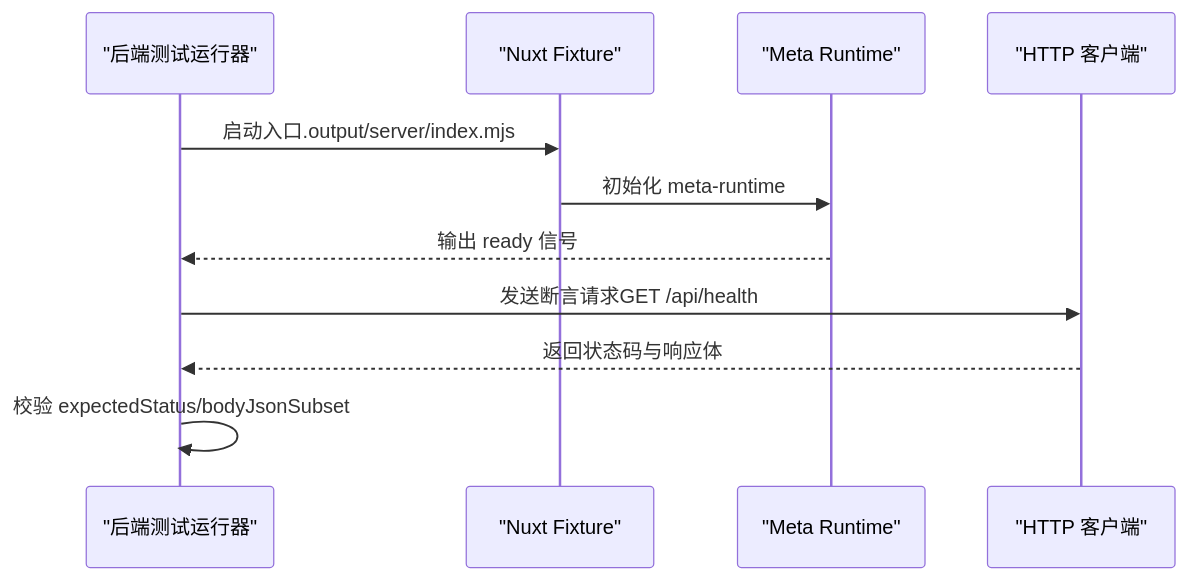
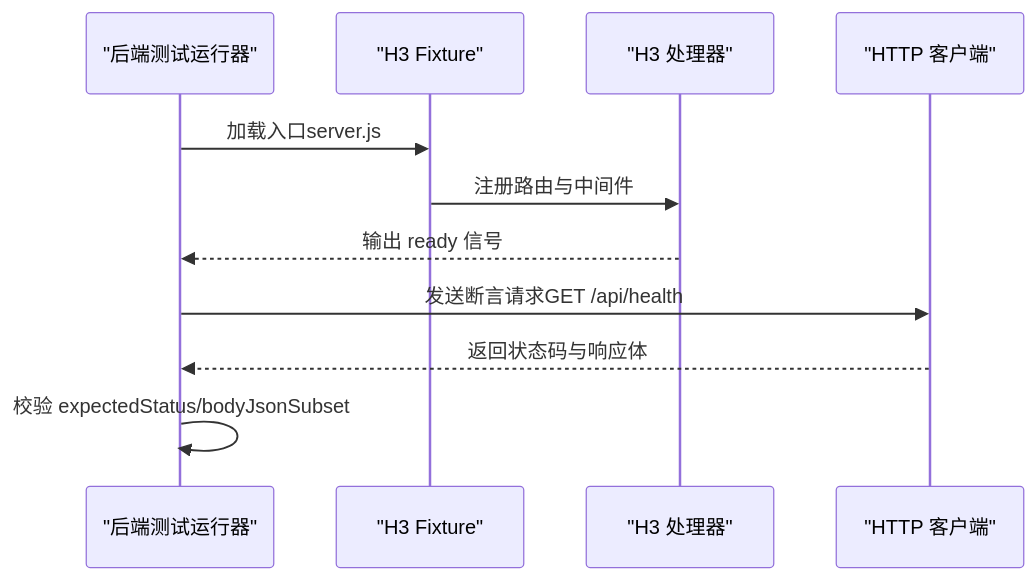
The sixth of 8 diagrams in .qoder/repowiki/zh/content/后端框架测试/后端框架测试.md (esa-sp/test-for-aone-ci), drawn with Mermaid before and after one commit. The commit also changed other lines of this file and 119 other files, not shown here.

````diff
--- a/.qoder/repowiki/zh/content/后端框架测试/后端框架测试.md
+++ b/.qoder/repowiki/zh/content/后端框架测试/后端框架测试.md
@@ -247,13 +192,13 @@
 ```mermaid
 sequenceDiagram
 participant Runner as "后端测试运行器"
-participant Fixture as "Nuxt Fixture"
-participant Meta as "Meta Runtime"
+participant Fixture as "H3 Fixture"
+participant Handler as "H3 处理器"
 participant HTTP as "HTTP 客户端"
-Runner->>Fixture : 启动入口.output/server/index.mjs
-Fixture->>Meta : 初始化 meta-runtime
-Meta-->>Runner : 输出 ready 信号
+Runner->>Fixture : 加载入口server.js
+Fixture->>Handler : 注册路由与中间件
+Handler-->>Runner : 输出 ready 信号
 Runner->>HTTP : 发送断言请求GET /api/health
 HTTP-->>Runner : 返回状态码与响应体
 Runner->>Runner : 校验 expectedStatus/bodyJsonSubset
 ```
````
